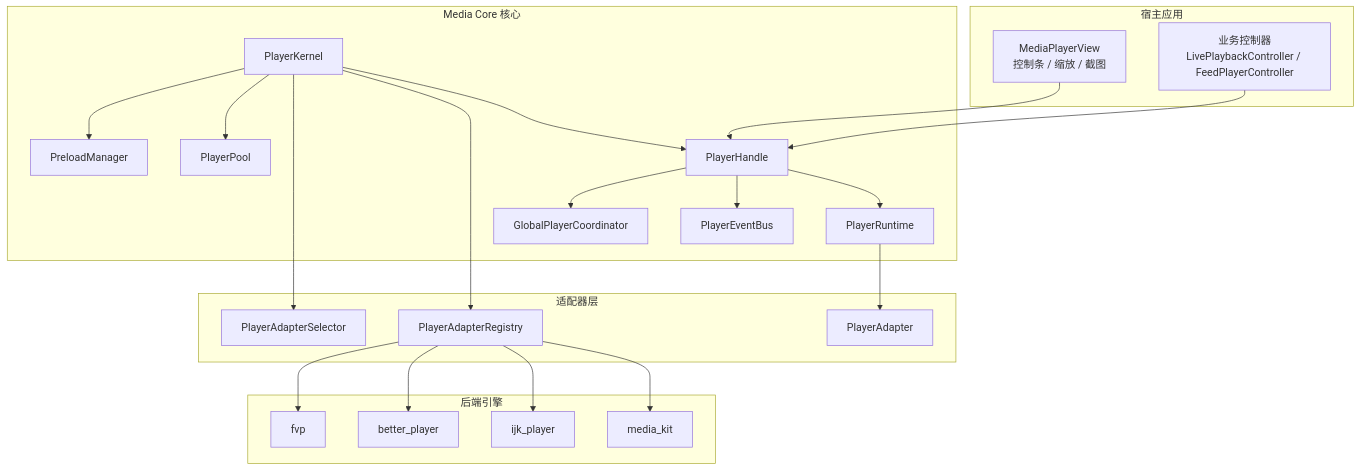
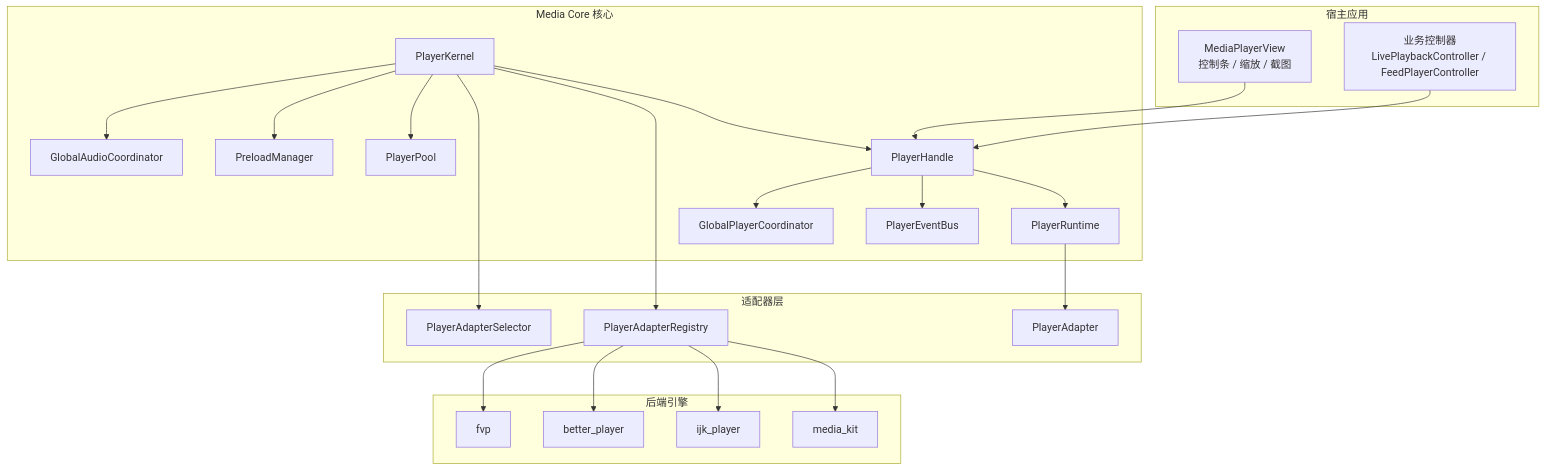
Before and after one commit to SSSherlocked/media_core: the ninth of 13 diagrams in .qoder/repowiki/zh/content/架构总览/架构总览.md, drawn with Mermaid. The commit also changed other lines of this file and 6 other files, not shown here.

````diff
--- a/.qoder/repowiki/zh/content/架构总览/架构总览.md
+++ b/.qoder/repowiki/zh/content/架构总览/架构总览.md
@@ -410,42 +413,44 @@
 ```mermaid
 graph TB
 subgraph "宿主应用"
 UI["MediaPlayerView<br/>控制条 / 缩放 / 截图"]
 Business["业务控制器<br/>LivePlaybackController / FeedPlayerController"]
 end
 subgraph "Media Core 核心"
 Kernel["PlayerKernel"]
 Handle["PlayerHandle"]
 Runtime["PlayerRuntime"]
 EventBus["PlayerEventBus"]
 Coordinator["GlobalPlayerCoordinator"]
 Pool["PlayerPool"]
 Preload["PreloadManager"]
+AudioCoord["GlobalAudioCoordinator"]
 end
 subgraph "适配器层"
 Registry["PlayerAdapterRegistry"]
 Selector["PlayerAdapterSelector"]
 Adapter["PlayerAdapter"]
 end
 subgraph "后端引擎"
 MK["media_kit"]
 IJK["ijk_player"]
 BP["better_player"]
 FVP["fvp"]
 end
 UI --> Handle
 Business --> Handle
 Handle --> Runtime
 Handle --> EventBus
 Handle --> Coordinator
 Kernel --> Handle
 Kernel --> Registry
 Kernel --> Selector
 Kernel --> Pool
 Kernel --> Preload
+Kernel --> AudioCoord
 Runtime --> Adapter
 Registry --> MK
 Registry --> IJK
 Registry --> BP
 Registry --> FVP
 ```
````
